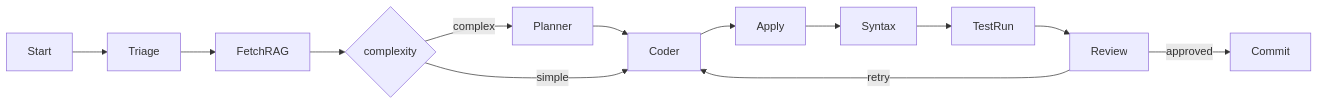
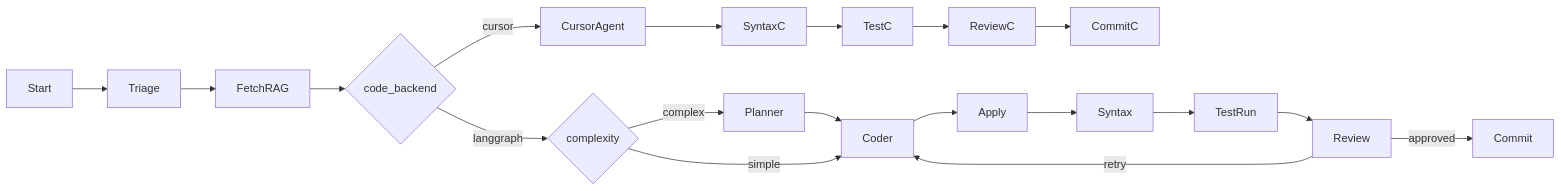
One commit to max1millions/RAG-PIPELINE changed the third of 3 diagrams in docs/ARCHITECTURE.md. Above: the diagram before and after it, drawn with Mermaid. The commit also changed other lines of this file and 15 other files, not shown here.

First line of the commit message:
Delegate orion-fix coding loop to Cursor Agent

````diff
--- a/docs/ARCHITECTURE.md
+++ b/docs/ARCHITECTURE.md
@@ -76,9 +76,11 @@
 ```mermaid
 flowchart LR
-    Start --> Triage --> FetchRAG --> PlannerOrCoder{complexity}
+    Start --> Triage --> FetchRAG --> Backend{code_backend}
+    Backend -->|cursor| CursorAgent --> SyntaxC --> TestC --> ReviewC --> CommitC
+    Backend -->|langgraph| PlannerOrCoder{complexity}
     PlannerOrCoder -->|complex| Planner --> Coder
     PlannerOrCoder -->|simple| Coder
     Coder --> Apply --> Syntax --> TestRun --> Review
     Review -->|approved| Commit
     Review -->|retry| Coder
 ```
````
